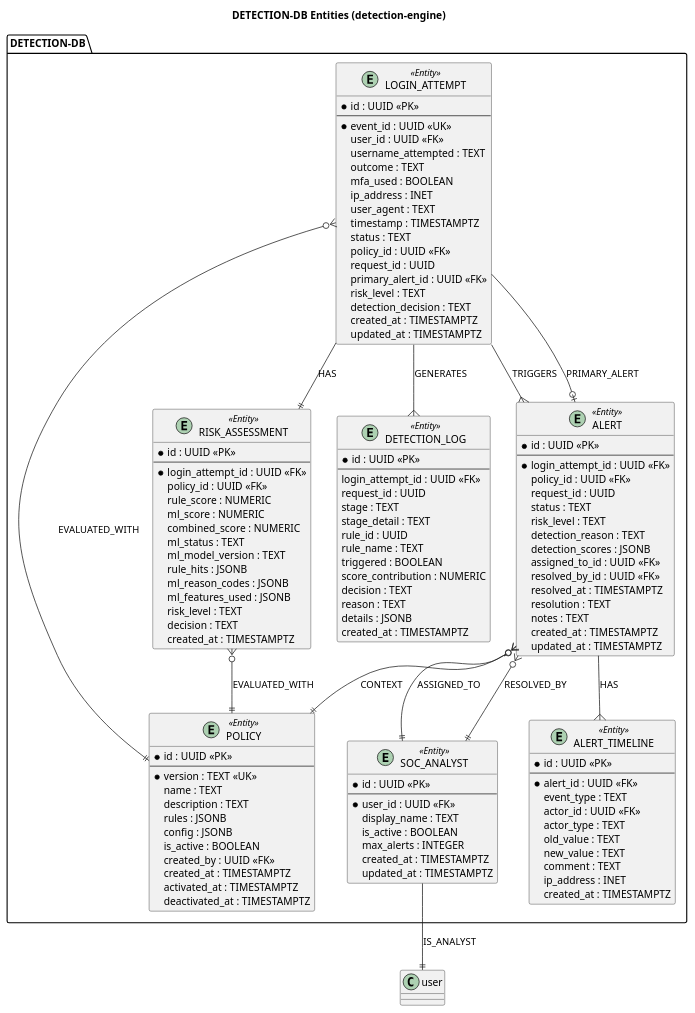
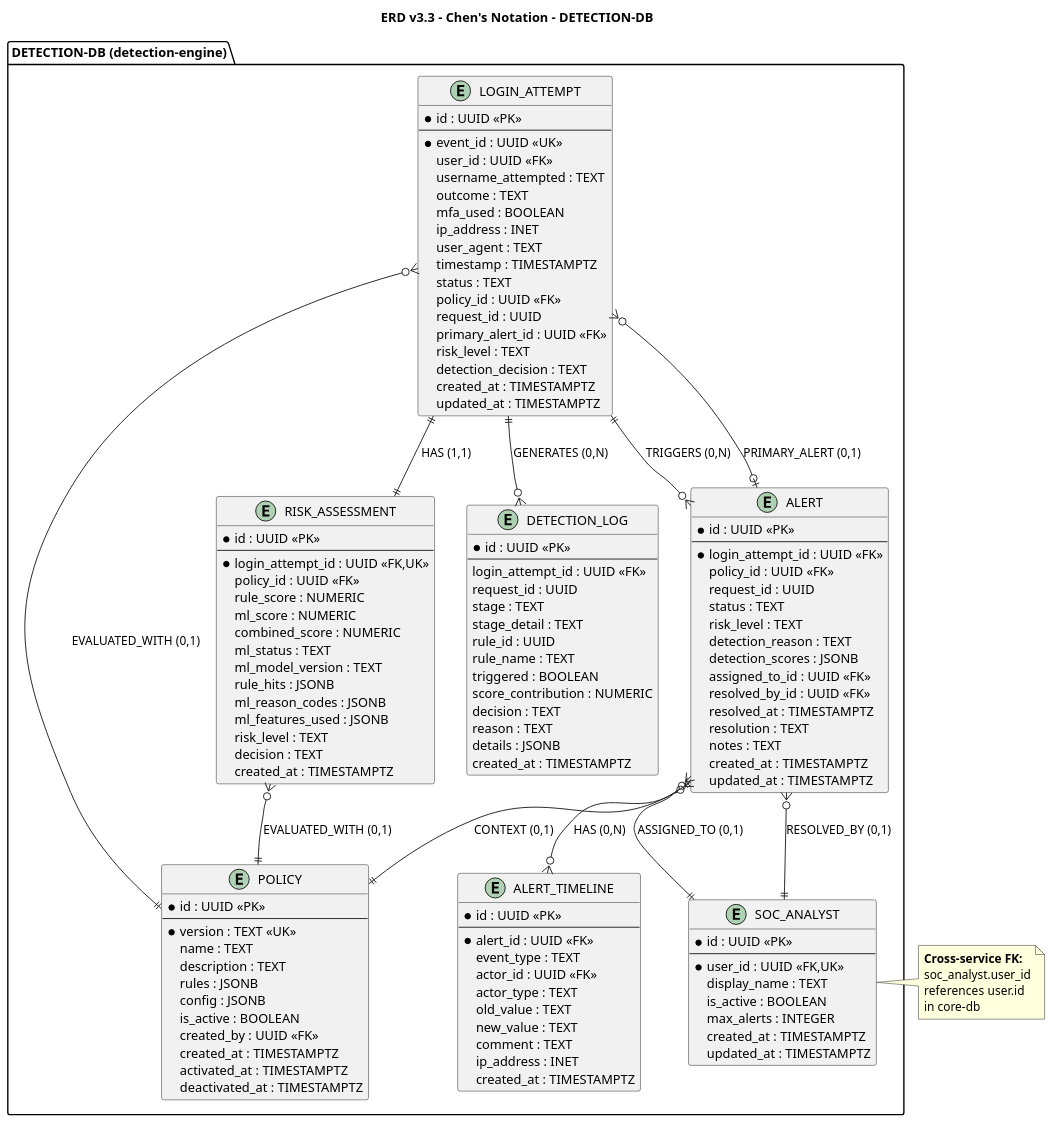
The second of 3 diagrams in docs/diagrams/ERD_Chen_v3.3.puml (Albert-Tuan/sentinel-auth), drawn with PlantUML before and after one commit. The commit also changed other lines of this file, not shown here.

First line of the commit message:
fix: correct PlantUML syntax for Chen's notation ERD

```diff
--- a/docs/diagrams/ERD_Chen_v3.3.puml
+++ b/docs/diagrams/ERD_Chen_v3.3.puml
@@ -264,161 +219,161 @@
 @startuml ERD_Chen_v3.3_detection
+' =============================================================================
+' ERD v3.3 - Chen's Notation - DETECTION-DB
+' Sentinel Auth - Detection Engine Database
+' =============================================================================
 
-title **DETECTION-DB Entities (detection-engine)**
+title ERD v3.3 - Chen's Notation - <b>DETECTION-DB</b>
 
-package "DETECTION-DB" {
+skinparam dpi 120
+skinparam shadowing false
 
-    entity "POLICY" as policy <<Entity>> {
+' ------------------------------------------------------------------------------
+' DETECTION-DB ENTITIES
+' ------------------------------------------------------------------------------
+
+package "DETECTION-DB (detection-engine)" {
+
+    entity "POLICY" as policy {
         * id : UUID <<PK>>
         --
         * version : TEXT <<UK>>
         name : TEXT
         description : TEXT
         rules : JSONB
         config : JSONB
         is_active : BOOLEAN
         created_by : UUID <<FK>>
         created_at : TIMESTAMPTZ
         activated_at : TIMESTAMPTZ
         deactivated_at : TIMESTAMPTZ
     }
 
-    entity "LOGIN_ATTEMPT" as login_attempt <<Entity>> {
+    entity "LOGIN_ATTEMPT" as login_attempt {
         * id : UUID <<PK>>
         --
         * event_id : UUID <<UK>>
         user_id : UUID <<FK>>
         username_attempted : TEXT
         outcome : TEXT
         mfa_used : BOOLEAN
         ip_address : INET
         user_agent : TEXT
         timestamp : TIMESTAMPTZ
         status : TEXT
         policy_id : UUID <<FK>>
         request_id : UUID
         primary_alert_id : UUID <<FK>>
         risk_level : TEXT
         detection_decision : TEXT
         created_at : TIMESTAMPTZ
         updated_at : TIMESTAMPTZ
     }
 
-    entity "RISK_ASSESSMENT" as risk_assessment <<Entity>> {
+    entity "RISK_ASSESSMENT" as risk_assessment {
         * id : UUID <<PK>>
         --
-        * login_attempt_id : UUID <<FK>>
+        * login_attempt_id : UUID <<FK,UK>>
         policy_id : UUID <<FK>>
         rule_score : NUMERIC
         ml_score : NUMERIC
         combined_score : NUMERIC
         ml_status : TEXT
         ml_model_version : TEXT
         rule_hits : JSONB
         ml_reason_codes : JSONB
         ml_features_used : JSONB
         risk_level : TEXT
         decision : TEXT
         created_at : TIMESTAMPTZ
     }
 
-    entity "DETECTION_LOG" as detection_log <<Entity>> {
+    entity "DETECTION_LOG" as detection_log {
         * id : UUID <<PK>>
         --
         login_attempt_id : UUID <<FK>>
         request_id : UUID
         stage : TEXT
         stage_detail : TEXT
         rule_id : UUID
         rule_name : TEXT
         triggered : BOOLEAN
         score_contribution : NUMERIC
         decision : TEXT
         reason : TEXT
         details : JSONB
         created_at : TIMESTAMPTZ
     }
 
-    entity "SOC_ANALYST" as soc_analyst <<Entity>> {
+    entity "SOC_ANALYST" as soc_analyst {
         * id : UUID <<PK>>
         --
-        * user_id : UUID <<FK>>
+        * user_id : UUID <<FK,UK>>
         display_name : TEXT
         is_active : BOOLEAN
         max_alerts : INTEGER
         created_at : TIMESTAMPTZ
         updated_at : TIMESTAMPTZ
     }
 
-    entity "ALERT" as alert <<Entity>> {
+    entity "ALERT" as alert {
         * id : UUID <<PK>>
         --
         * login_attempt_id : UUID <<FK>>
         policy_id : UUID <<FK>>
         request_id : UUID
         status : TEXT
         risk_level : TEXT
         detection_reason : TEXT
         detection_scores : JSONB
         assigned_to_id : UUID <<FK>>
         resolved_by_id : UUID <<FK>>
         resolved_at : TIMESTAMPTZ
         resolution : TEXT
         notes : TEXT
         created_at : TIMESTAMPTZ
         updated_at : TIMESTAMPTZ
     }
 
-    entity "ALERT_TIMELINE" as alert_timeline <<Entity>> {
+    entity "ALERT_TIMELINE" as alert_timeline {
         * id : UUID <<PK>>
         --
         * alert_id : UUID <<FK>>
         event_type : TEXT
         actor_id : UUID <<FK>>
         actor_type : TEXT
         old_value : TEXT
         new_value : TEXT
         comment : TEXT
         ip_address : INET
         created_at : TIMESTAMPTZ
     }
 
 }
 
-' ==============================================================================
-' DETECTION-DB RELATIONSHIPS (Chen Notation)
-' ==============================================================================
+' ------------------------------------------------------------------------------
+' DETECTION-DB RELATIONSHIPS (Chen Notation with cardinality)
+' ------------------------------------------------------------------------------
 
-' Login Attempt has Risk Assessment (1:1) - UNIQUE constraint
-login_attempt --|| risk_assessment : "HAS"
+login_attempt ||--|| risk_assessment : "HAS (1,1)"
+login_attempt ||--o{ detection_log : "GENERATES (0,N)"
+login_attempt ||--o{ alert : "TRIGGERS (0,N)"
+login_attempt }o--|| policy : "EVALUATED_WITH (0,1)"
+login_attempt }o--o| alert : "PRIMARY_ALERT (0,1)"
 
-' Login Attempt generates Detection Logs (1:N)
-login_attempt --{ detection_log : "GENERATES"
+risk_assessment }o--|| policy : "EVALUATED_WITH (0,1)"
+alert }o--|| policy : "CONTEXT (0,1)"
 
-' Login Attempt triggers Alerts (1:N)
-login_attempt --{ alert : "TRIGGERS"
+alert }o--|| soc_analyst : "ASSIGNED_TO (0,1)"
+alert }o--|| soc_analyst : "RESOLVED_BY (0,1)"
+alert ||--o{ alert_timeline : "HAS (0,N)"
 
-' Login Attempt evaluated with Policy (N:1, optional)
-login_attempt }o--|| policy : "EVALUATED_WITH"
-
-' Risk Assessment evaluated with Policy (N:1, optional)
-risk_assessment }o--|| policy : "EVALUATED_WITH"
-
-' Alert has Policy context (N:1, optional)
-alert }o--|| policy : "CONTEXT"
-
-' Alert assigned to SOC Analyst (N:1, optional)
-alert }o--|| soc_analyst : "ASSIGNED_TO"
-
-' Alert resolved by SOC Analyst (N:1, optional)
-alert }o--|| soc_analyst : "RESOLVED_BY"
-
-' Alert has Timeline (1:N)
-alert --{ alert_timeline : "HAS"
-
-' SOC Analyst is User (1:1) - cross-service
-soc_analyst --|| user : "IS_ANALYST"
-
-' Login Attempt primary Alert (1:1, optional)
-login_attempt --o| alert : "PRIMARY_ALERT"
+' Cross-service reference: soc_analyst.user_id -> user.id (core-db)
+' Represented as informational note
+note right of soc_analyst
+  **Cross-service FK:**
+  soc_analyst.user_id
+  references user.id
+  in core-db
+end note
 
 @enduml
```
